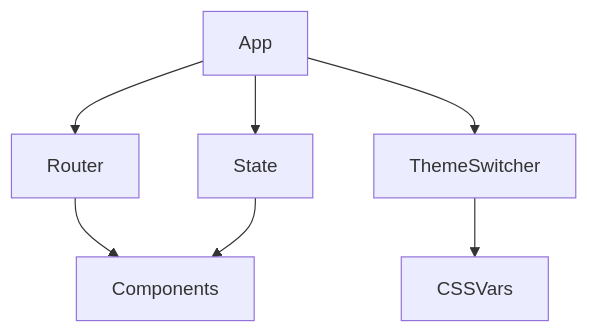
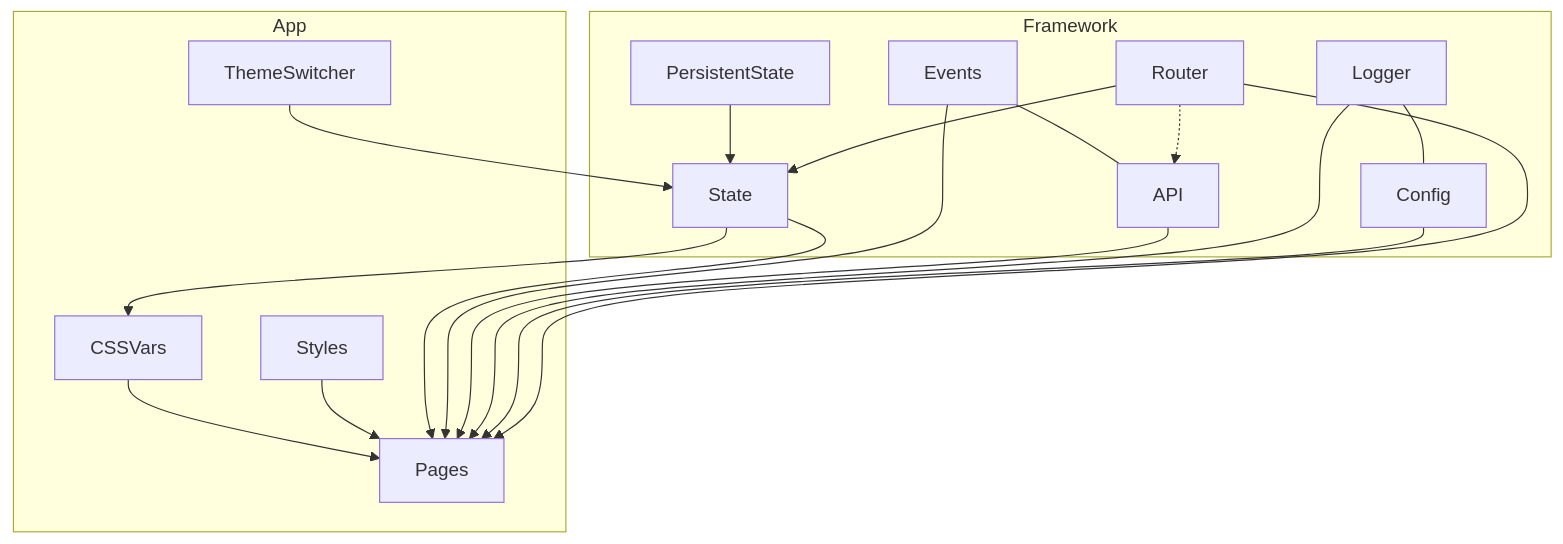
The first of 2 diagrams in framework/docs/architecture.md (TatianaVeda/frontend-framework), drawn with Mermaid before and after one commit. The commit also changed other lines of this file and 4 other files, not shown here.

Commit message:
docs: enrich documentation with Chat data flow, usage examples, and structure improvements

````diff
--- a/framework/docs/architecture.md
+++ b/framework/docs/architecture.md
@@ -31,9 +33,36 @@
 ```mermaid
 graph TD
-  App --> Router
-  App --> State
-  App --> ThemeSwitcher
-  Router --> Components
-  State --> Components
-  ThemeSwitcher --> CSSVars
-``` 
+  subgraph Framework
+    PersistentState
+    State
+    Events
+    API
+    Logger
+    Config
+    Router
+    %% 
+    Events --- API
+    Logger --- Config
+  end
+
+  subgraph App
+    ThemeSwitcher
+    CSSVars
+    Styles
+    Pages
+  end
+
+  PersistentState --> State
+  ThemeSwitcher --> State
+  State --> CSSVars
+  CSSVars --> Pages
+  Styles --> Pages
+  State --> Pages
+  Events --> Pages
+  API --> Pages
+  Logger --> Pages
+  Config --> Pages
+  Router --> Pages
+  Router --> State
+  Router -.-> API
+```
````
